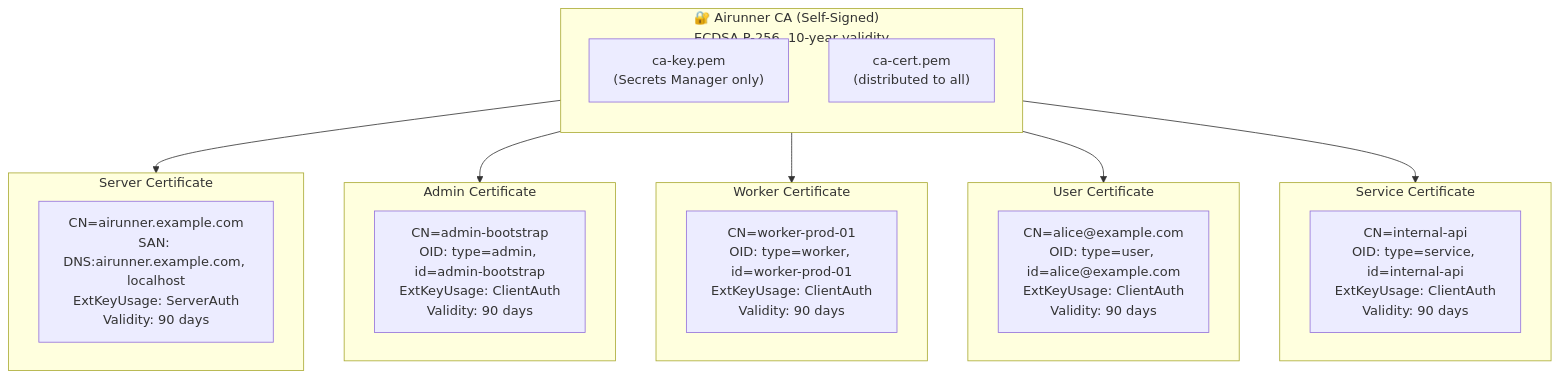
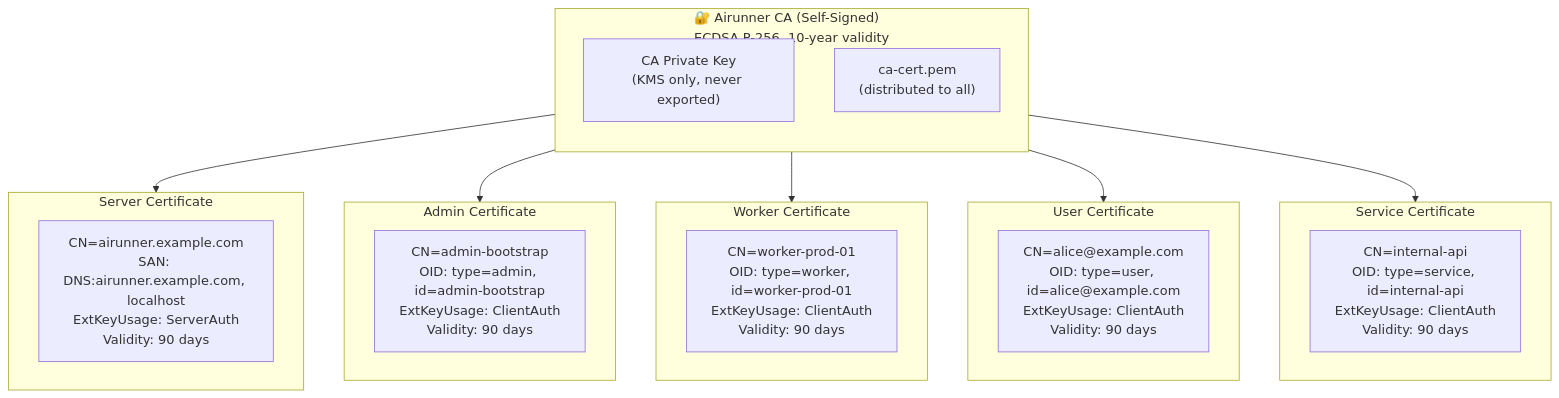
The fourth of 4 diagrams in specs/mtls/00-architecture.md (wolfeidau/airunner), drawn with Mermaid before and after one commit. The commit also changed other lines of this file and 12 other files, not shown here.

Commit message:
refactor: move to KMS instead of Secrets Manager for CA key management

````diff
--- a/specs/mtls/00-architecture.md
+++ b/specs/mtls/00-architecture.md
@@ -152,34 +202,34 @@
 ```mermaid
 flowchart TB
     subgraph CA["🔐 Airunner CA (Self-Signed)<br/>ECDSA P-256, 10-year validity"]
         direction TB
-        CAKey["ca-key.pem<br/>(Secrets Manager only)"]
+        CAKey["CA Private Key<br/>(KMS only, never exported)"]
         CACert["ca-cert.pem<br/>(distributed to all)"]
     end
 
     CA --> Server
     CA --> Admin
     CA --> Worker
     CA --> User
     CA --> Service
 
     subgraph Server["Server Certificate"]
         ServerDetails["CN=airunner.example.com<br/>SAN: DNS:airunner.example.com, localhost<br/>ExtKeyUsage: ServerAuth<br/>Validity: 90 days"]
     end
 
     subgraph Admin["Admin Certificate"]
         AdminDetails["CN=admin-bootstrap<br/>OID: type=admin, id=admin-bootstrap<br/>ExtKeyUsage: ClientAuth<br/>Validity: 90 days"]
     end
 
     subgraph Worker["Worker Certificate"]
         WorkerDetails["CN=worker-prod-01<br/>OID: type=worker, id=worker-prod-01<br/>ExtKeyUsage: ClientAuth<br/>Validity: 90 days"]
     end
 
     subgraph User["User Certificate"]
         UserDetails["CN=alice@example.com<br/>OID: type=user, id=alice@example.com<br/>ExtKeyUsage: ClientAuth<br/>Validity: 90 days"]
     end
 
     subgraph Service["Service Certificate"]
         ServiceDetails["CN=internal-api<br/>OID: type=service, id=internal-api<br/>ExtKeyUsage: ClientAuth<br/>Validity: 90 days"]
     end
 ```
````
